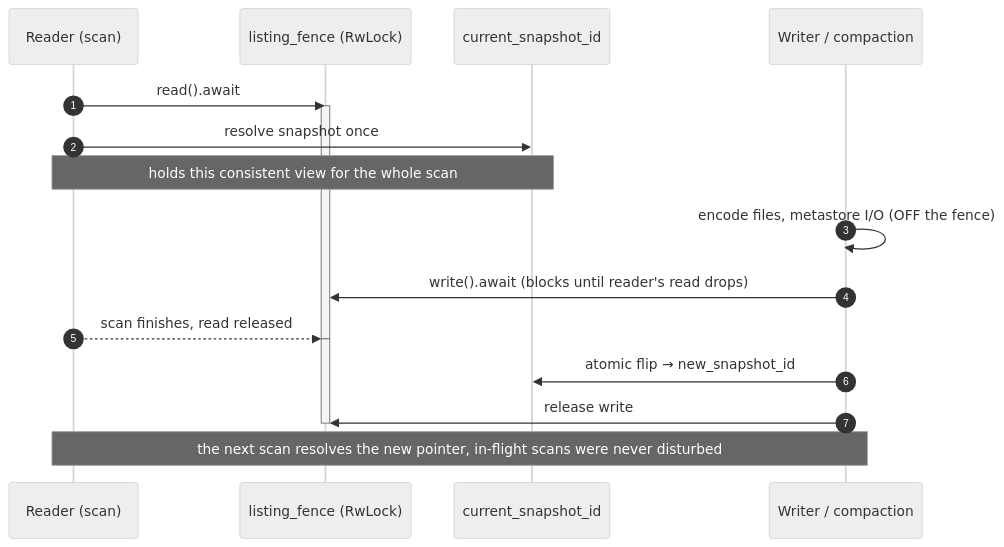
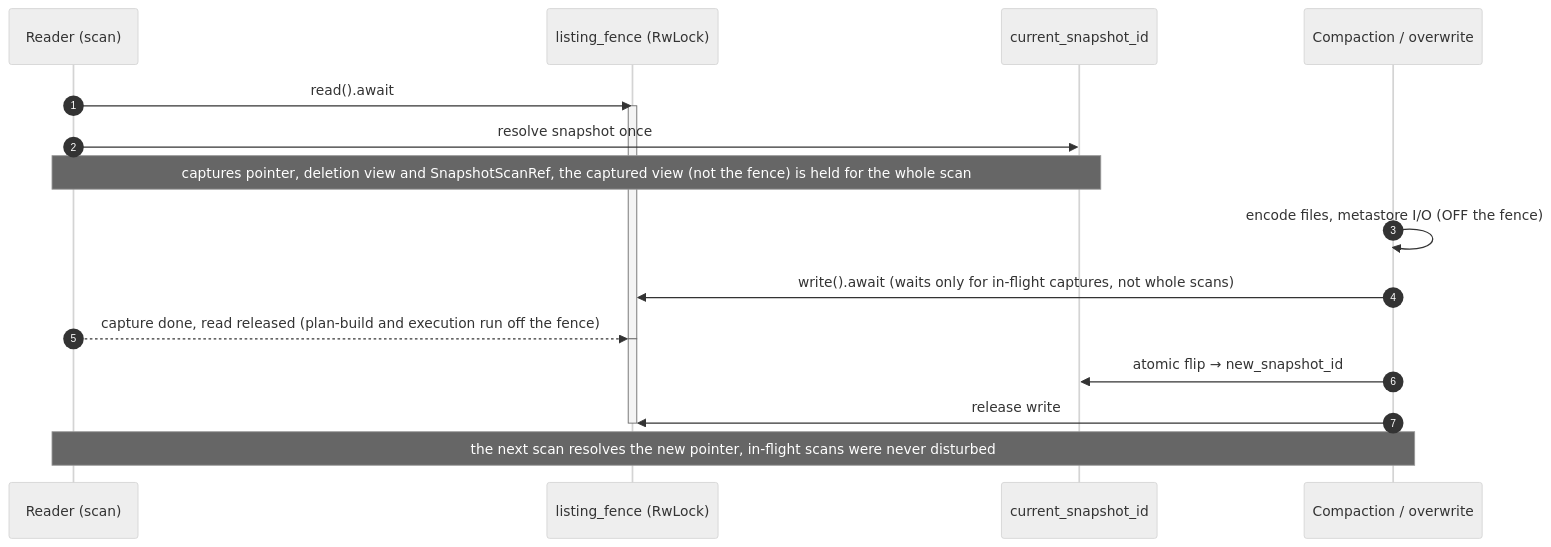
The sixth of 22 diagrams in docs/cayenne/cayenne.md (spiceai/spiceai), drawn with Mermaid (neutral theme) before and after one commit. The commit also changed other lines of this file and 3 other files, not shown here.

````diff
--- a/docs/cayenne/cayenne.md
+++ b/docs/cayenne/cayenne.md
@@ -434,22 +438,22 @@
 ```mermaid
 sequenceDiagram
     autonumber
     participant R as Reader (scan)
     participant LF as listing_fence (RwLock)
     participant P as current_snapshot_id
-    participant W as Writer / compaction
+    participant W as Compaction / overwrite
 
     R->>LF: read().await
     activate LF
     R->>P: resolve snapshot once
-    Note over R,P: holds this consistent view for the whole scan
+    Note over R,P: captures pointer, deletion view and SnapshotScanRef, the captured view (not the fence) is held for the whole scan
     W->>W: encode files, metastore I/O (OFF the fence)
-    W->>LF: write().await (blocks until reader's read drops)
-    R-->>LF: scan finishes, read released
+    W->>LF: write().await (waits only for in-flight captures, not whole scans)
+    R-->>LF: capture done, read released (plan-build and execution run off the fence)
     deactivate LF
     activate LF
     W->>P: atomic flip → new_snapshot_id
     W->>LF: release write
     deactivate LF
     Note over R,W: the next scan resolves the new pointer, in-flight scans were never disturbed
 ```
````
